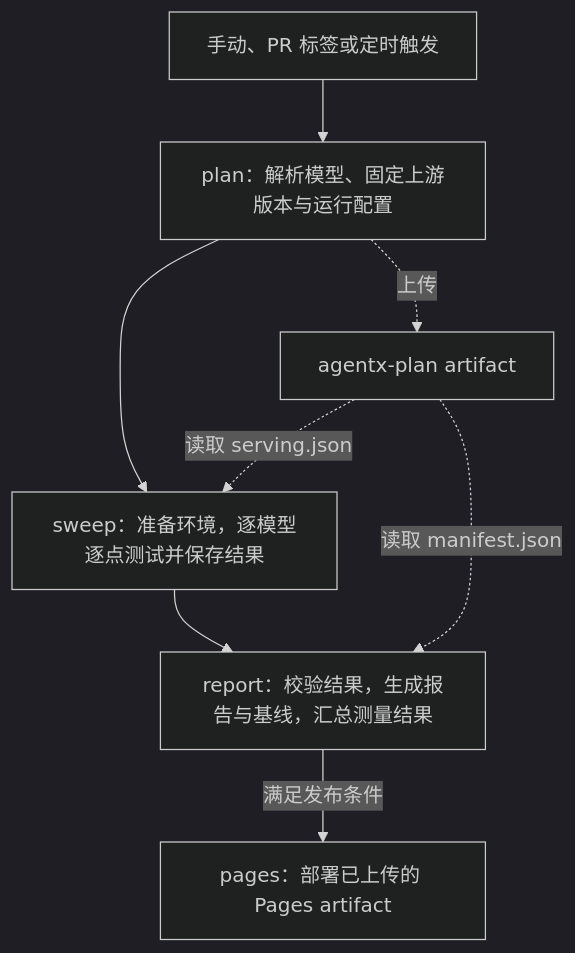
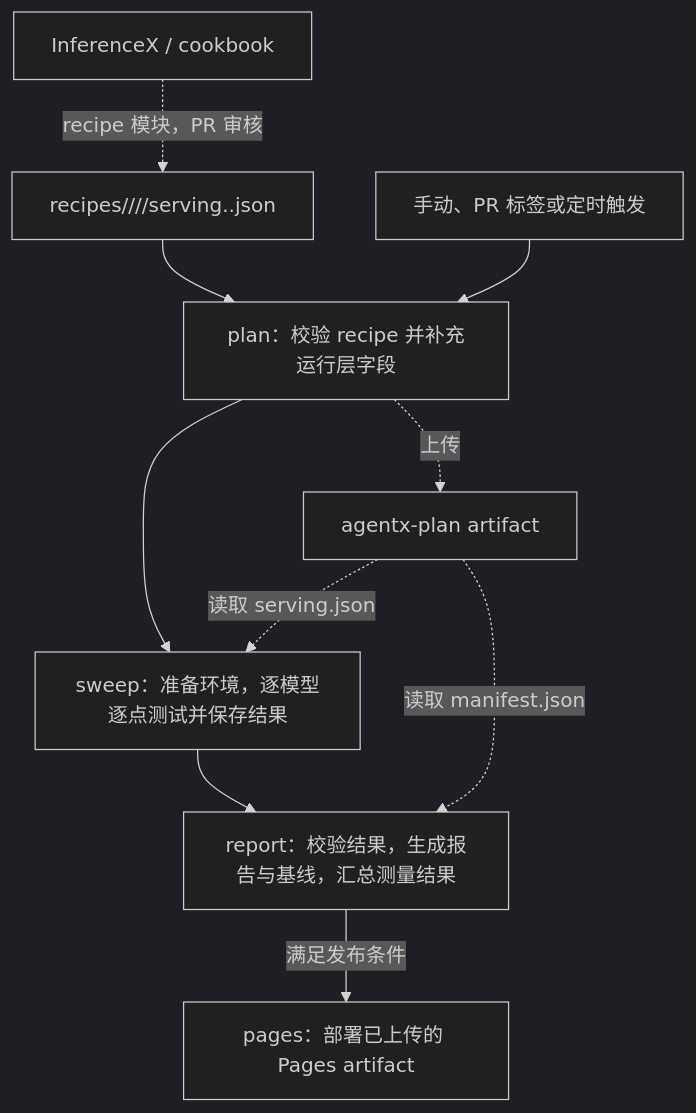
Before and after one commit to AMD-AGI/AKLR: the diagram in benchmarks/agentx/README.zh.md, drawn with Mermaid (dark theme). The commit also changed other lines of this file and 34 other files, not shown here.

First line of the commit message:
feat(agentx): plan from reviewed recipe files, add vLLM and per-framework runs

````diff
--- a/benchmarks/agentx/README.zh.md
+++ b/benchmarks/agentx/README.zh.md
@@ -9,10 +9,11 @@
 ```mermaid
 flowchart TD
-    T["手动、PR 标签或定时触发"] --> P["plan：解析模型、固定上游版本与运行配置"]
+    X["InferenceX / cookbook"] -.->|"recipe 模块，PR 审核"| L["recipes/<family>/<target>/<framework>/serving.<model>.json"] --> P
+    T["手动、PR 标签或定时触发"] --> P["plan：校验 recipe 并补充运行层字段"]
     P --> S["sweep：准备环境，逐模型逐点测试并保存结果"]
     S --> R["report：校验结果，生成报告与基线，汇总测量结果"]
     R -->|"满足发布条件"| D["pages：部署已上传的 Pages artifact"]
     P -.->|"上传"| A["agentx-plan artifact"]
     A -.->|"读取 serving.json"| S
     A -.->|"读取 manifest.json"| R
 ```
````
